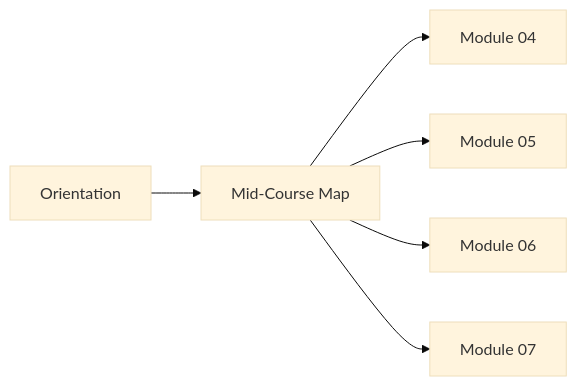
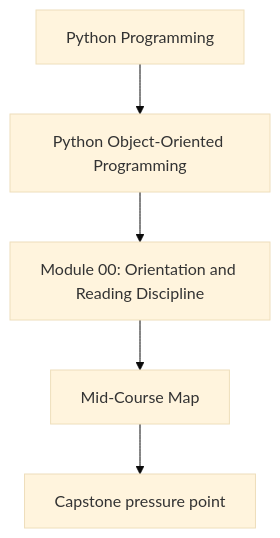
Before and after one commit to bijux/bijux-masterclass: the first of 2 diagrams in programs/python-programming/python-object-oriented-programming/course-book/module-00-orientation/mid-course-map.md, drawn with Mermaid (base theme). The commit also changed other lines of this file and 107 other files, not shown here.

Commit message:
docs(python-object-oriented-programming): align concept page diagrams

````diff
--- a/programs/python-programming/python-object-oriented-programming/course-book/module-00-orientation/mid-course-map.md
+++ b/programs/python-programming/python-object-oriented-programming/course-book/module-00-orientation/mid-course-map.md
@@ -6,15 +6,7 @@
 ```mermaid
-graph LR
-  orientation["Orientation"]
-  page["Mid-Course Map"]
-  m4["Module 04"]
-  m5["Module 05"]
-  m6["Module 06"]
-  m7["Module 07"]
-
-  orientation --> page
-  page --> m4
-  page --> m5
-  page --> m6
-  page --> m7
+flowchart TD
+  family["Python Programming"] --> program["Python Object-Oriented Programming"]
+  program --> module["Module 00: Orientation and Reading Discipline"]
+  module --> concept["Mid-Course Map"]
+  concept --> capstone["Capstone pressure point"]
 ```
````
